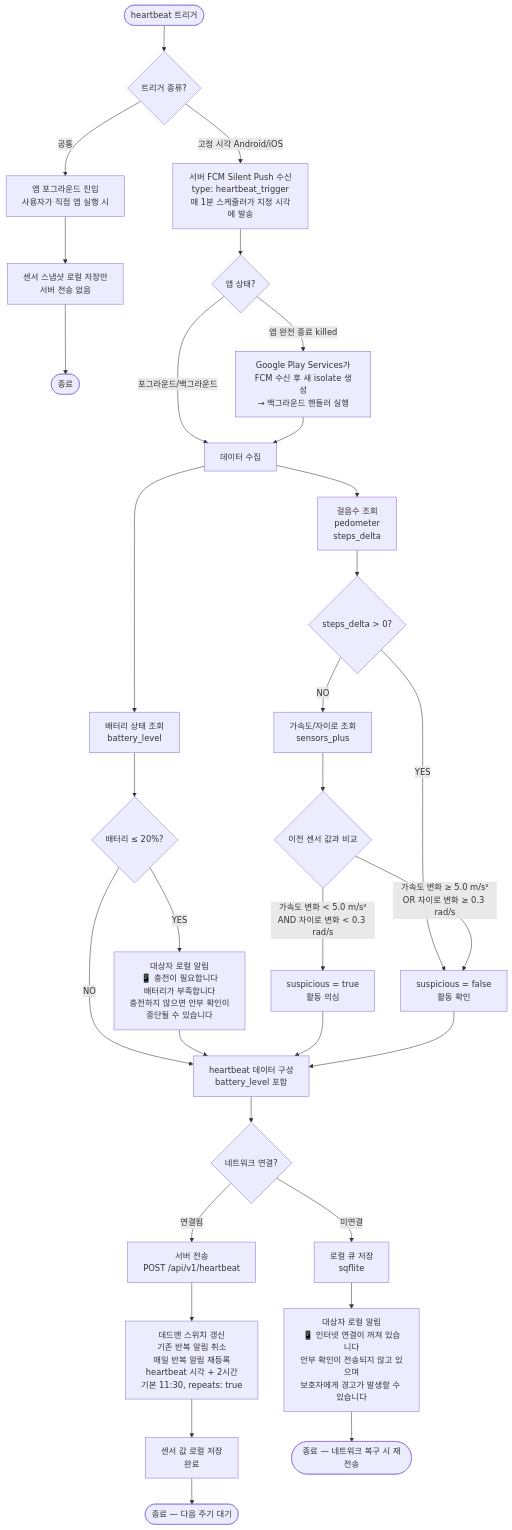
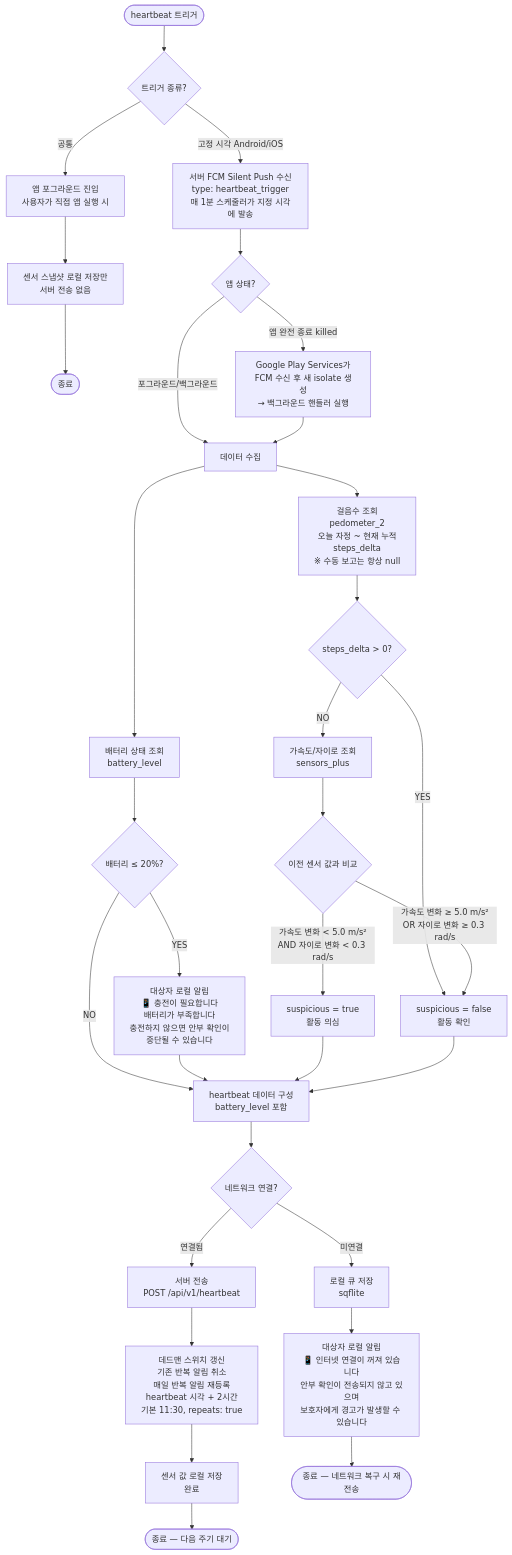
The first of 6 diagrams in .ref/heartbeat_flowchart.md (l10s18bok/anbucheck-server), drawn with Mermaid before and after one commit. The commit also changed 1 other file, not shown here.

Commit message:
문서: stepsDelta 자동/수동 분기 + 걸음수 조회 노드 반영
.ref/PRD-BackEnd: heartbeat 수신 명세에 자동(자정~현재 누적) /
수동(항상 null, 클라이언트 차단) 분기 명시.
.ref/heartbeat_flowchart: 차트1 걸음수 조회 노드를 pedometer_2 + 자정~현재
+ 수동 null 정책으로 갱신.

````diff
--- a/.ref/heartbeat_flowchart.md
+++ b/.ref/heartbeat_flowchart.md
@@ -23,55 +23,55 @@
 ```mermaid
 flowchart TD
     Start([heartbeat 트리거])
     Start --> Trigger
 
     Trigger{트리거 종류?}
     Trigger -->|고정 시각 Android/iOS| SP[서버 FCM Silent Push 수신<br/>type: heartbeat_trigger<br/>매 1분 스케줄러가 지정 시각에 발송]
     Trigger -->|공통| FG[앱 포그라운드 진입<br/>사용자가 직접 앱 실행 시]
 
     FG --> FGCollect[센서 스냅샷 로컬 저장만<br/>서버 전송 없음]
     FGCollect --> End0([종료])
 
     SP --> SPState{앱 상태?}
     SPState -->|포그라운드/백그라운드| Collect
     SPState -->|앱 완전 종료 killed| SPKilled[Google Play Services가<br/>FCM 수신 후 새 isolate 생성<br/>→ 백그라운드 핸들러 실행]
     SPKilled --> Collect
 
     Collect[데이터 수집]
-    Collect --> Steps[걸음수 조회<br/>pedometer<br/>steps_delta]
+    Collect --> Steps[걸음수 조회<br/>pedometer_2<br/>오늘 자정 ~ 현재 누적<br/>steps_delta<br/>※ 수동 보고는 항상 null]
     Collect --> Battery[배터리 상태 조회<br/>battery_level]
 
     Steps --> StepsCheck{steps_delta > 0?}
     StepsCheck -->|YES| Normal[suspicious = false<br/>활동 확인]
     StepsCheck -->|NO| Sensor[가속도/자이로 조회<br/>sensors_plus]
 
     Sensor --> Compare{이전 센서 값과 비교}
     Compare -->|가속도 변화 < 5.0 m/s²<br/>AND 자이로 변화 < 0.3 rad/s| Suspicious[suspicious = true<br/>활동 의심]
     Compare -->|가속도 변화 ≥ 5.0 m/s²<br/>OR 자이로 변화 ≥ 0.3 rad/s| Normal
 
     Battery --> BattCheck{배터리 ≤ 20%?}
     BattCheck -->|YES| SubjectNoti[대상자 로컬 알림<br/>📱 충전이 필요합니다<br/>배터리가 부족합니다<br/>충전하지 않으면 안부 확인이<br/>중단될 수 있습니다]
     BattCheck -->|NO| Build
 
     SubjectNoti --> Build
 
     Suspicious --> Build
     Normal --> Build
 
     Build[heartbeat 데이터 구성<br/>battery_level 포함]
 
     Build --> Network{네트워크 연결?}
 
     Network -->|연결됨| Send[서버 전송<br/>POST /api/v1/heartbeat]
     Network -->|미연결| Queue[로컬 큐 저장<br/>sqflite]
 
     Queue --> LocalNoti1[대상자 로컬 알림<br/>📱 인터넷 연결이 꺼져 있습니다<br/>안부 확인이 전송되지 않고 있으며<br/>보호자에게 경고가 발생할 수 있습니다]
 
     Send --> DeadmanReset[데드맨 스위치 갱신<br/>기존 반복 알림 취소<br/>매일 반복 알림 재등록<br/>heartbeat 시각 + 2시간<br/>기본 11:30, repeats: true]
 
     DeadmanReset --> SaveEnd[센서 값 로컬 저장<br/>완료]
 
     SaveEnd --> End1([종료 — 다음 주기 대기])
 
     LocalNoti1 --> End2([종료 — 네트워크 복구 시 재전송])
 ```
````
